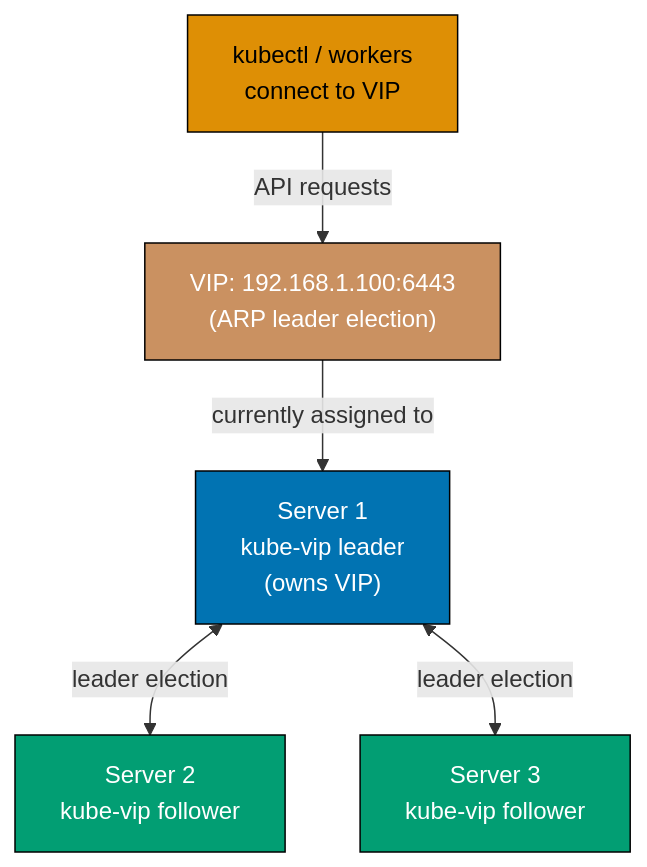
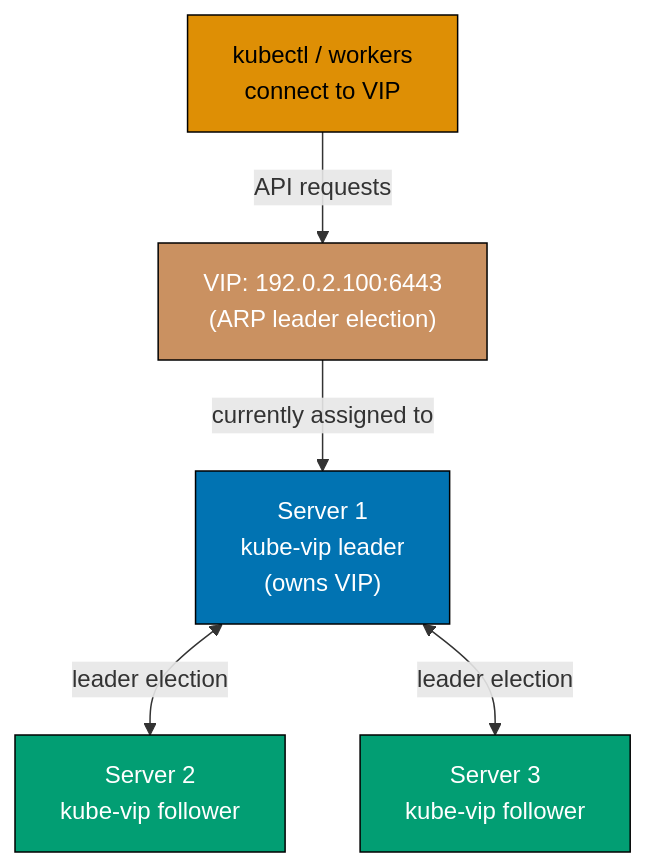
One commit to wahidyankf/ose-public changed the eighth of 9 diagrams in apps/ayokoding-www/content/en/learn/legacy/software-engineering/infrastructure/tools/k3s/by-example/intermediate.md. Above: the diagram before and after it, drawn with Mermaid. The commit also changed other lines of this file and 102 other files, not shown here.

````diff
--- a/apps/ayokoding-www/content/en/learn/legacy/software-engineering/infrastructure/tools/k3s/by-example/intermediate.md
+++ b/apps/ayokoding-www/content/en/learn/legacy/software-engineering/infrastructure/tools/k3s/by-example/intermediate.md
@@ -1859,20 +1859,20 @@
 ```mermaid
 %% Color Palette: Blue #0173B2, Orange #DE8F05, Teal #029E73, Purple #CC78BC, Brown #CA9161
 graph TD
-    VIP["VIP: 192.168.1.100:6443<br/>(ARP leader election)"]
+    VIP["VIP: 192.0.2.100:6443<br/>(ARP leader election)"]
     S1["Server 1<br/>kube-vip leader<br/>(owns VIP)"]
     S2["Server 2<br/>kube-vip follower"]
     S3["Server 3<br/>kube-vip follower"]
     CLI["kubectl / workers<br/>connect to VIP"]
 
     CLI -->|"API requests"| VIP
     VIP -->|"currently assigned to"| S1
     S1 <-->|"leader election"| S2
     S1 <-->|"leader election"| S3
 
     style VIP fill:#CA9161,stroke:#000,color:#fff
     style S1 fill:#0173B2,stroke:#000,color:#fff
     style S2 fill:#029E73,stroke:#000,color:#fff
     style S3 fill:#029E73,stroke:#000,color:#fff
     style CLI fill:#DE8F05,stroke:#000,color:#000
 ```
````
